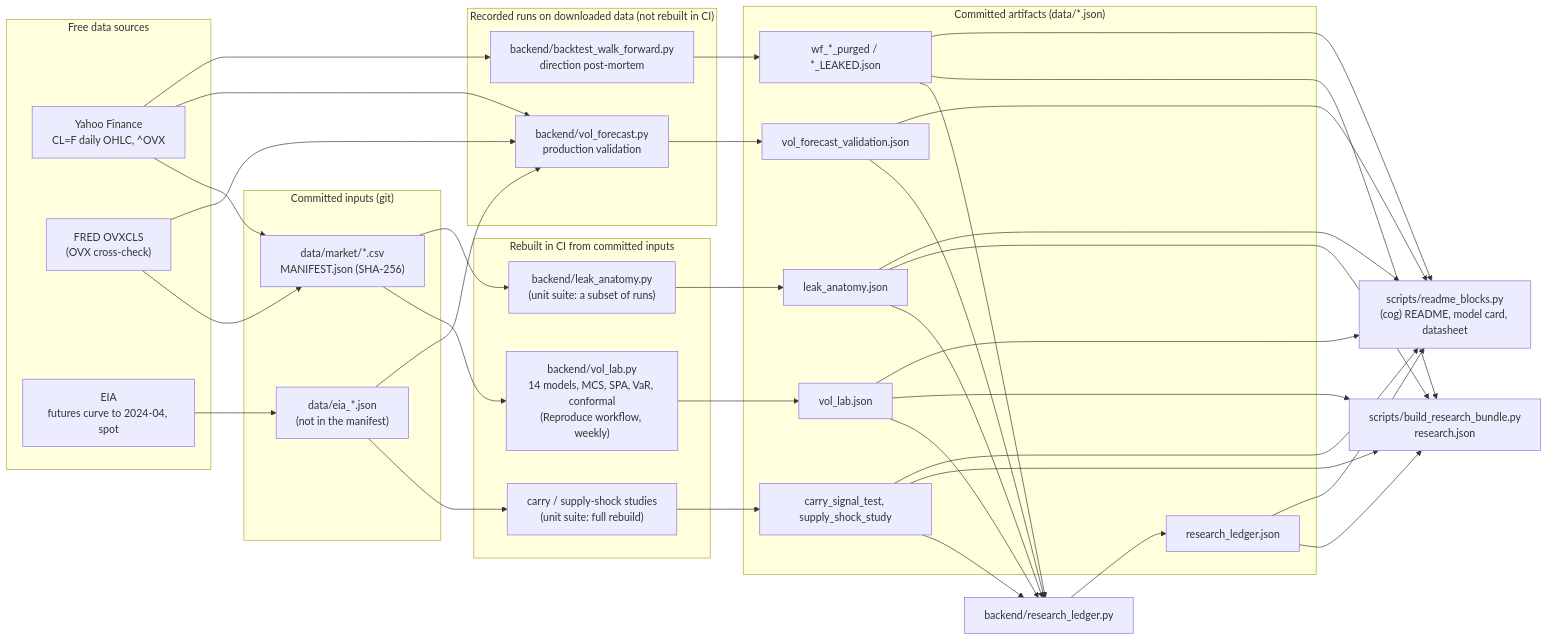
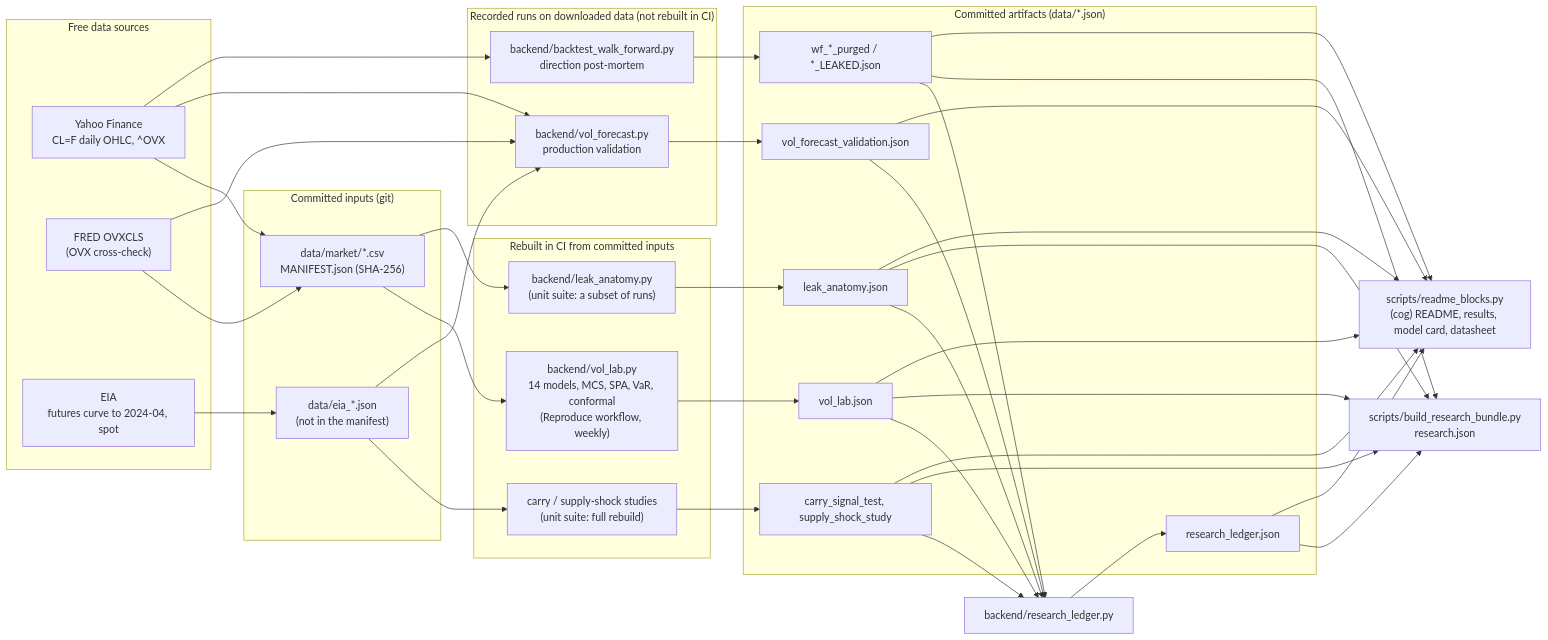
The first of 2 diagrams in docs/ARCHITECTURE.md (NavnoorBawa/WTI-Crude-Oil-Futures), drawn with Mermaid before and after one commit. The commit also changed 12 other files, not shown here.

````diff
--- a/docs/ARCHITECTURE.md
+++ b/docs/ARCHITECTURE.md
@@ -13,43 +13,43 @@
 ```mermaid
 flowchart LR
     subgraph sources["Free data sources"]
         Y["Yahoo Finance<br/>CL=F daily OHLC, ^OVX"]
         F["FRED OVXCLS<br/>(OVX cross-check)"]
         E["EIA<br/>futures curve to 2024-04, spot"]
     end
     subgraph pinned["Committed inputs (git)"]
         S["data/market/*.csv<br/>MANIFEST.json (SHA-256)"]
         EC["data/eia_*.json<br/>(not in the manifest)"]
     end
     subgraph offline["Rebuilt in CI from committed inputs"]
         L["backend/vol_lab.py<br/>14 models, MCS, SPA, VaR, conformal<br/>(Reproduce workflow, weekly)"]
         LA["backend/leak_anatomy.py<br/>(unit suite: a subset of runs)"]
         C["carry / supply-shock studies<br/>(unit suite: full rebuild)"]
     end
     subgraph recorded["Recorded runs on downloaded data (not rebuilt in CI)"]
         V["backend/vol_forecast.py<br/>production validation"]
         W["backend/backtest_walk_forward.py<br/>direction post-mortem"]
     end
     subgraph artifacts["Committed artifacts (data/*.json)"]
         A1["vol_lab.json"]
         A4["leak_anatomy.json"]
         A3["carry_signal_test, supply_shock_study"]
         A5["vol_forecast_validation.json"]
         A2["wf_*_purged / *_LEAKED.json"]
         A6["research_ledger.json"]
     end
     Y --> S
     F --> S
     E --> EC
     S --> L --> A1
     S --> LA --> A4
     EC --> C --> A3
     Y --> V
     F --> V
     EC --> V
     V --> A5
     Y --> W --> A2
     A1 & A2 & A3 & A4 & A5 --> LG["backend/research_ledger.py"] --> A6
     A1 & A2 & A3 & A4 & A6 --> B["scripts/build_research_bundle.py<br/>research.json"]
-    A1 & A2 & A3 & A4 & A5 & A6 --> R["scripts/readme_blocks.py<br/>(cog) README, model card, datasheet"]
+    A1 & A2 & A3 & A4 & A5 & A6 --> R["scripts/readme_blocks.py<br/>(cog) README, results, model card, datasheet"]
 ```
````
